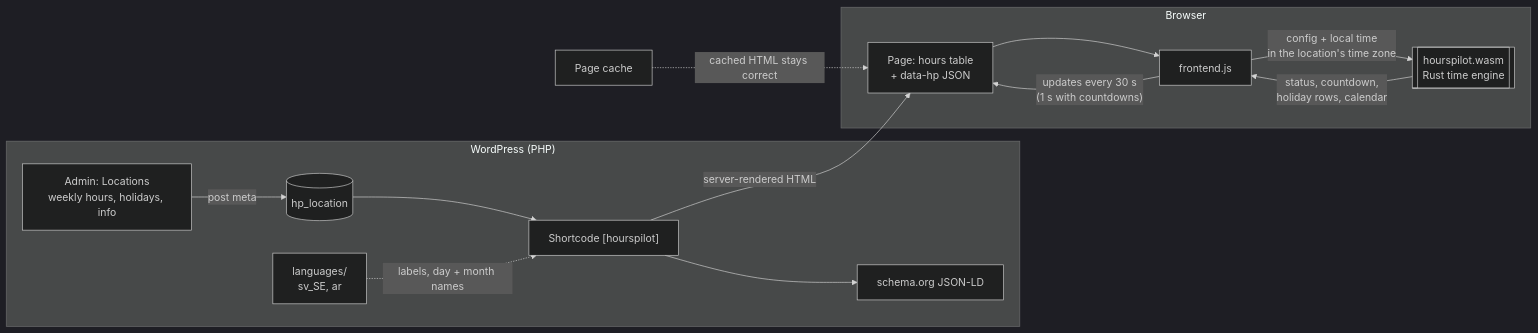
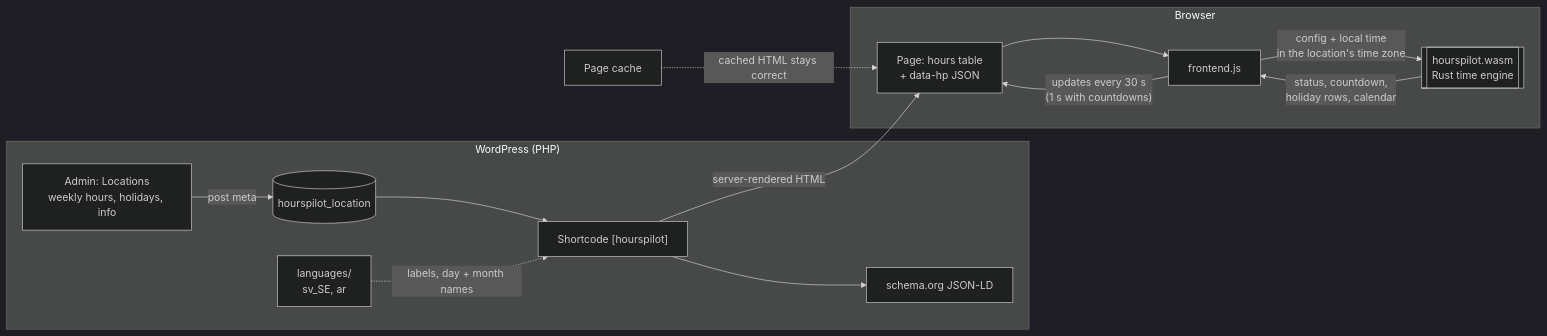
Before and after one commit to TSA3000/hourspilot: the diagram in README.md, drawn with Mermaid (dark theme). The commit also changed other lines of this file and 30 other files, not shown here.

````diff
--- a/README.md
+++ b/README.md
@@ -148,20 +150,20 @@
 ```mermaid
 flowchart LR
     subgraph wp["WordPress (PHP)"]
-        admin["Admin: Locations<br/>weekly hours, holidays, info"] -->|post meta| db[("hp_location")]
+        admin["Admin: Locations<br/>weekly hours, holidays, info"] -->|post meta| db[("hourspilot_location")]
         db --> sc["Shortcode [hourspilot]"]
         lang["languages/<br/>sv_SE, ar"] -.->|labels, day + month names| sc
         sc --> ld["schema.org JSON-LD"]
     end
     subgraph browser["Browser"]
         page["Page: hours table<br/>+ data-hp JSON"]
         js["frontend.js"]
         wasm[["hourspilot.wasm<br/>Rust time engine"]]
         page --> js
         js -->|"config + local time<br/>in the location's time zone"| wasm
         wasm -->|"status, countdown,<br/>holiday rows, calendar"| js
         js -->|"updates every 30 s<br/>(1 s with countdowns)"| page
     end
     sc -->|server-rendered HTML| page
     cache["Page cache"] -.->|cached HTML stays correct| page
 ```
````
